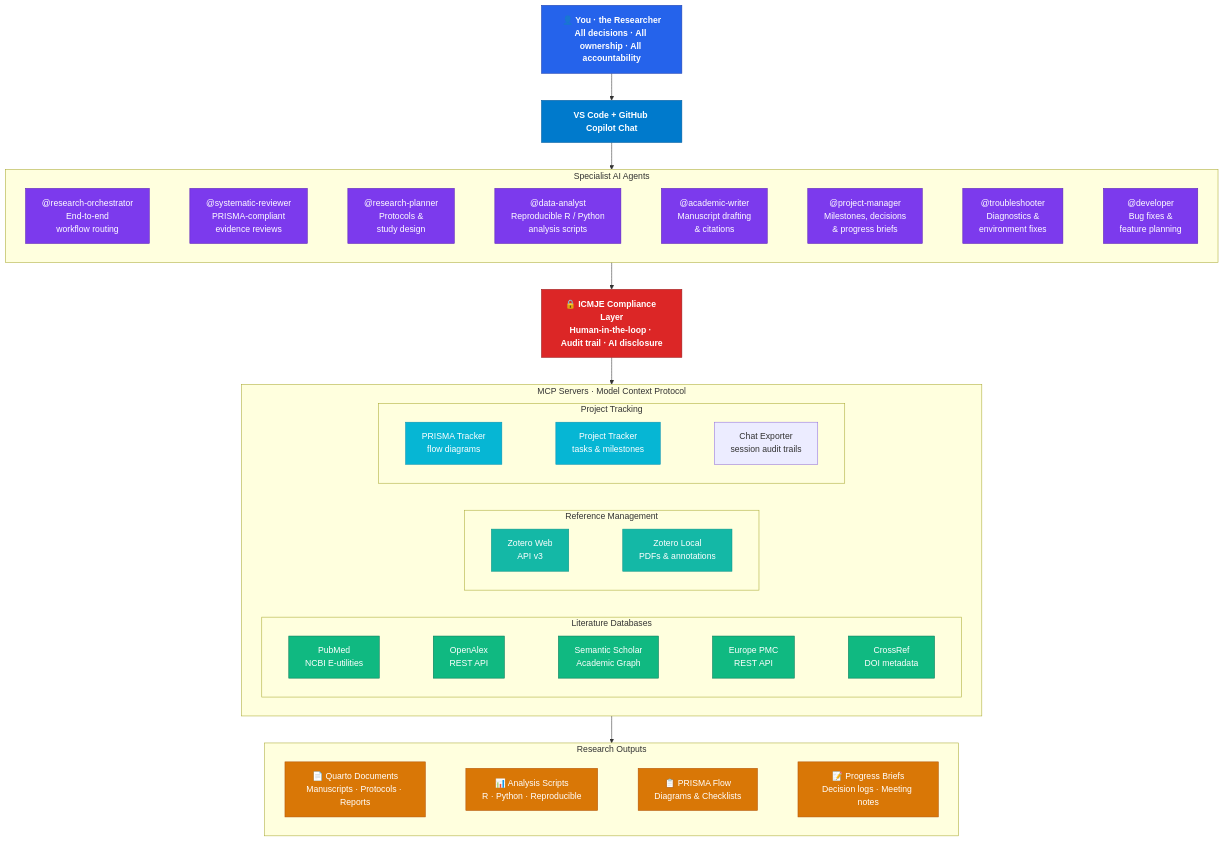
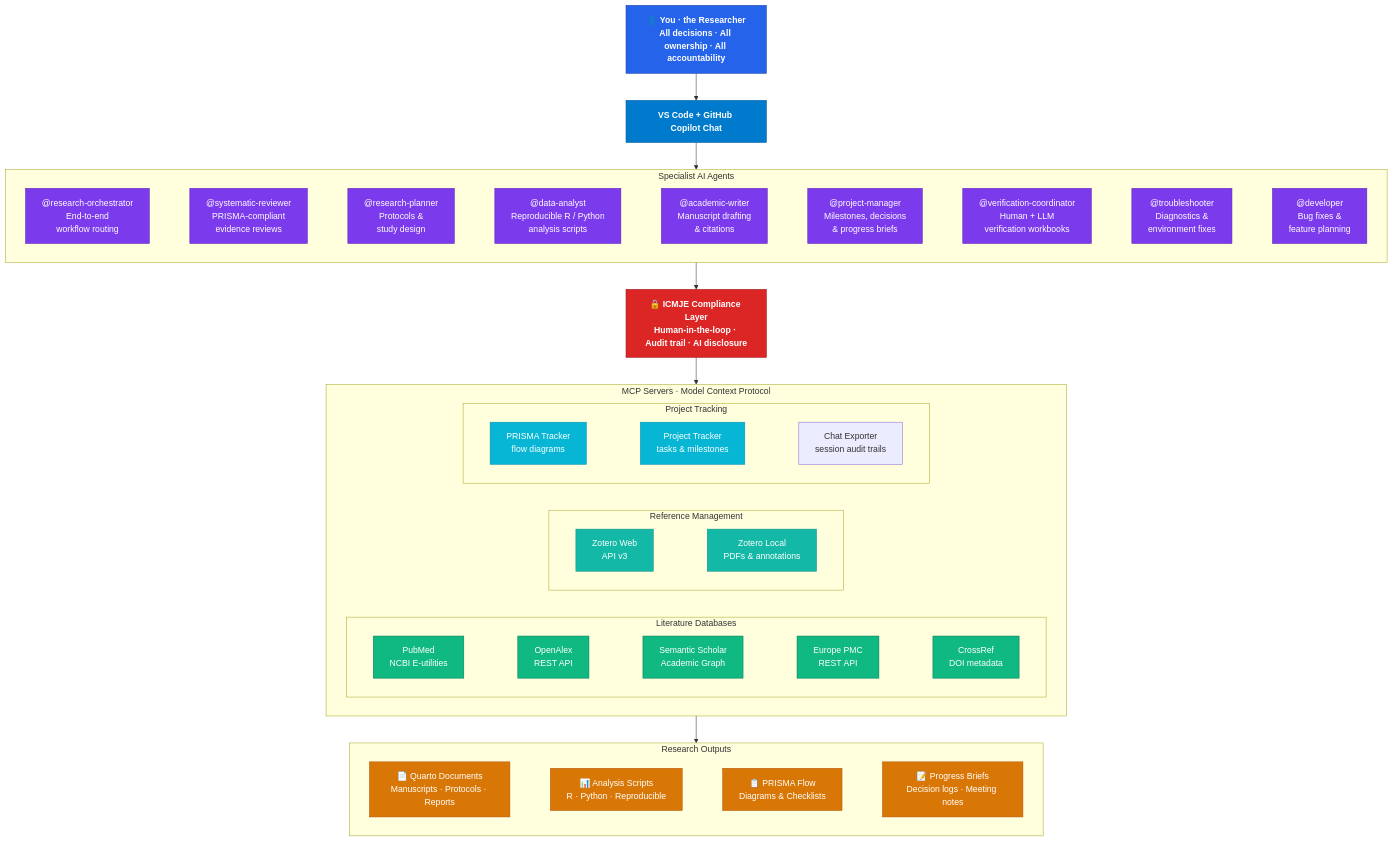
The diagram in README.md (andre-inter-collab-llc/research-workflow-assistant), drawn with Mermaid before and after one commit. The commit also changed other lines of this file and 14 other files, not shown here.

````diff
--- a/README.md
+++ b/README.md
@@ -69,63 +70,63 @@
 ```mermaid
 graph TB
     YOU["👤 You · the Researcher<br/>All decisions · All ownership · All accountability"]
 
     VSCODE["VS Code + GitHub Copilot Chat"]
 
     YOU --> VSCODE
 
     subgraph AGENTS["Specialist AI Agents"]
         direction LR
-        ORCH["@research-orchestrator<br/>End-to-end<br/>workflow routing"] ~~~ SR["@systematic-reviewer<br/>PRISMA-compliant<br/>evidence reviews"] ~~~ RP["@research-planner<br/>Protocols &<br/>study design"] ~~~ DA["@data-analyst<br/>Reproducible R / Python<br/>analysis scripts"] ~~~ AW["@academic-writer<br/>Manuscript drafting<br/>& citations"] ~~~ PM["@project-manager<br/>Milestones, decisions<br/>& progress briefs"] ~~~ TS["@troubleshooter<br/>Diagnostics &<br/>environment fixes"] ~~~ DEV["@developer<br/>Bug fixes &<br/>feature planning"]
+        ORCH["@research-orchestrator<br/>End-to-end<br/>workflow routing"] ~~~ SR["@systematic-reviewer<br/>PRISMA-compliant<br/>evidence reviews"] ~~~ RP["@research-planner<br/>Protocols &<br/>study design"] ~~~ DA["@data-analyst<br/>Reproducible R / Python<br/>analysis scripts"] ~~~ AW["@academic-writer<br/>Manuscript drafting<br/>& citations"] ~~~ PM["@project-manager<br/>Milestones, decisions<br/>& progress briefs"] ~~~ VC["@verification-coordinator<br/>Human + LLM<br/>verification workbooks"] ~~~ TS["@troubleshooter<br/>Diagnostics &<br/>environment fixes"] ~~~ DEV["@developer<br/>Bug fixes &<br/>feature planning"]
     end
 
     VSCODE --> AGENTS
 
     ICMJE["🔒 ICMJE Compliance Layer<br/>Human-in-the-loop · Audit trail · AI disclosure"]
 
     AGENTS --> ICMJE
 
     subgraph MCP["MCP Servers · Model Context Protocol"]
         direction LR
         subgraph LITERATURE["Literature Databases"]
             direction LR
             PUB["PubMed<br/>NCBI E-utilities"] ~~~ OA["OpenAlex<br/>REST API"] ~~~ SS["Semantic Scholar<br/>Academic Graph"] ~~~ EPMC["Europe PMC<br/>REST API"] ~~~ CR["CrossRef<br/>DOI metadata"]
         end
         subgraph REFERENCE["Reference Management"]
             direction LR
             ZOT["Zotero Web<br/>API v3"] ~~~ ZLOC["Zotero Local<br/>PDFs & annotations"]
         end
         subgraph TRACKING["Project Tracking"]
             direction LR
             PRISMA["PRISMA Tracker<br/>flow diagrams"] ~~~ PROJ["Project Tracker<br/>tasks & milestones"] ~~~ CHATEX["Chat Exporter<br/>session audit trails"]
         end
     end
 
     ICMJE --> MCP
 
     subgraph OUTPUTS["Research Outputs"]
         direction LR
         QMD["📄 Quarto Documents<br/>Manuscripts · Protocols · Reports"] ~~~ SCRIPTS["📊 Analysis Scripts<br/>R · Python · Reproducible"] ~~~ PFLOW["📋 PRISMA Flow<br/>Diagrams & Checklists"] ~~~ BRIEFS["📝 Progress Briefs<br/>Decision logs · Meeting notes"]
     end
 
     MCP --> OUTPUTS
 
     %% ── Styles ──
     classDef researcher fill:#2563eb,stroke:#1e40af,color:#fff,font-weight:bold
     classDef vscode fill:#007acc,stroke:#005a9e,color:#fff,font-weight:bold
     classDef agent fill:#7c3aed,stroke:#5b21b6,color:#fff
     classDef compliance fill:#dc2626,stroke:#991b1b,color:#fff,font-weight:bold
     classDef litdb fill:#10b981,stroke:#047857,color:#fff
     classDef refmgmt fill:#14b8a6,stroke:#0d9488,color:#fff
     classDef tracking fill:#06b6d4,stroke:#0891b2,color:#fff
     classDef output fill:#d97706,stroke:#b45309,color:#fff
 
     class YOU researcher
     class VSCODE vscode
-    class ORCH,SR,RP,DA,AW,PM,TS,DEV agent
+    class ORCH,SR,RP,DA,AW,PM,VC,TS,DEV agent
     class ICMJE compliance
     class PUB,OA,SS,EPMC,CR litdb
     class ZOT,ZLOC refmgmt
     class PRISMA,PROJ tracking
     class QMD,SCRIPTS,PFLOW,BRIEFS output
 ```
````
